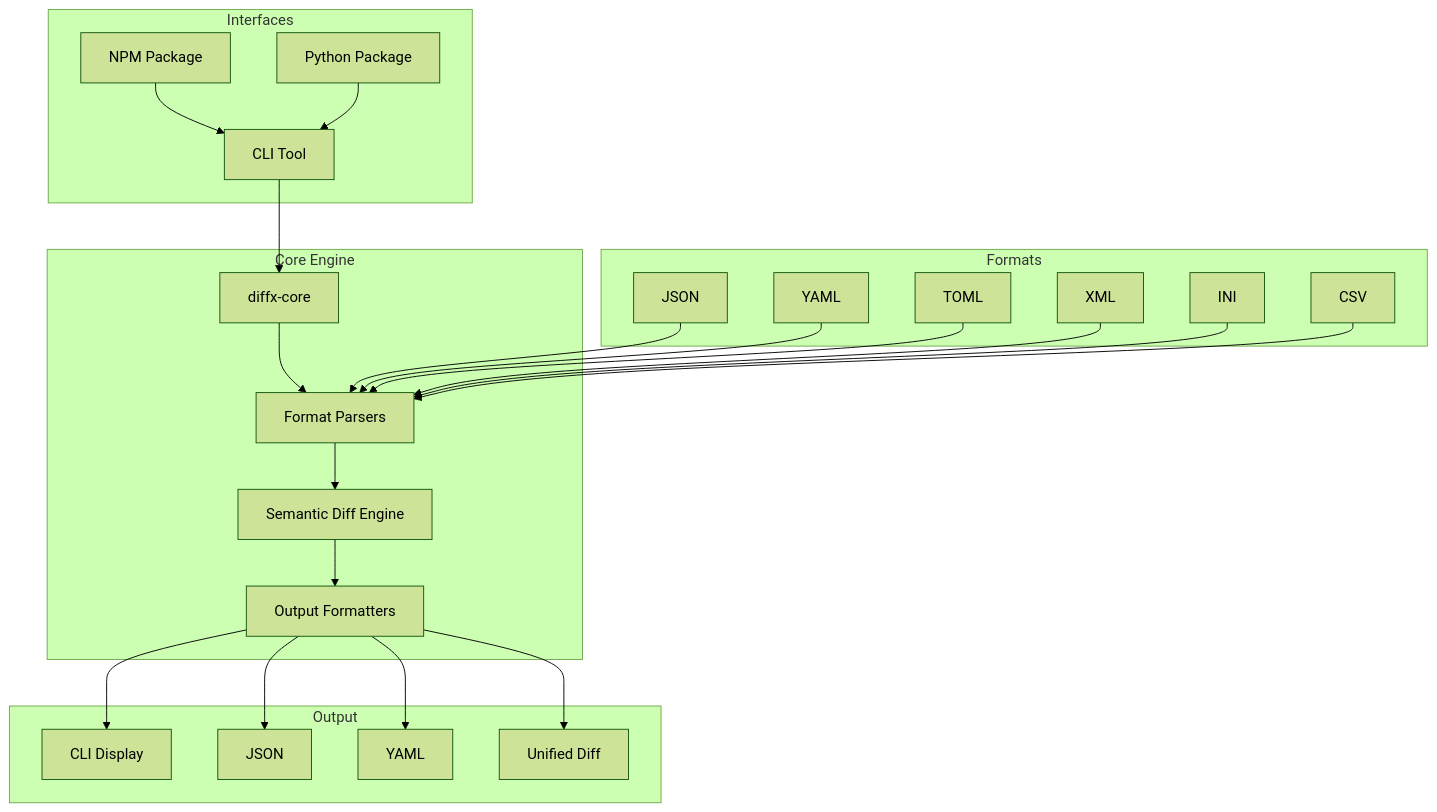
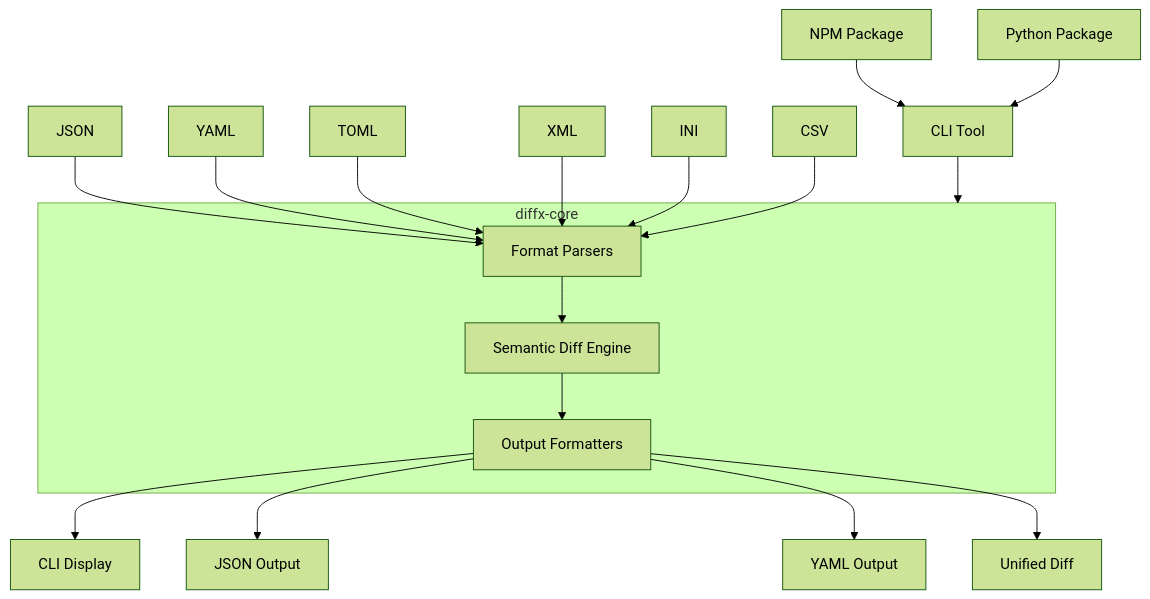
Before and after one commit to kako-jun/diffx: the first of 2 diagrams in README.md, drawn with Mermaid (forest theme). The commit also changed other lines of this file and 1 other file, not shown here.

````diff
--- a/README.md
+++ b/README.md
@@ -114,30 +86,25 @@
 ```mermaid
 graph TB
-    subgraph "Core Engine"
-        A[diffx-core] --> B[Format Parsers]
-        B --> C[Semantic Diff Engine]
-        C --> D[Output Formatters]
+    subgraph Core["diffx-core"]
+        B[Format Parsers]
+        C[Semantic Diff Engine]
+        D[Output Formatters]
+        B --> C --> D
     end
     
-    subgraph "Interfaces"
-        E[CLI Tool] --> A
-        F[NPM Package] --> E
-        G[Python Package] --> E
-    end
+    E[CLI Tool] --> Core
+    F[NPM Package] --> E
+    G[Python Package] --> E
     
-    subgraph "Formats"
-        H[JSON] --> B
-        I[YAML] --> B
-        J[TOML] --> B
-        K[XML] --> B
-        L[INI] --> B
-        M[CSV] --> B
-    end
+    H[JSON] --> B
+    I[YAML] --> B
+    J[TOML] --> B
+    K[XML] --> B
+    L[INI] --> B
+    M[CSV] --> B
     
-    subgraph "Output"
-        D --> N[CLI Display]
-        D --> O[JSON]
-        D --> P[YAML]
-        D --> Q[Unified Diff]
-    end
+    D --> N[CLI Display]
+    D --> O[JSON Output]
+    D --> P[YAML Output]
+    D --> Q[Unified Diff]
 ```
````
